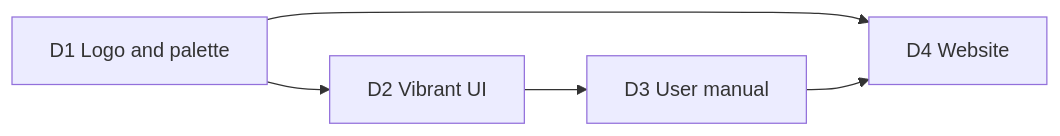
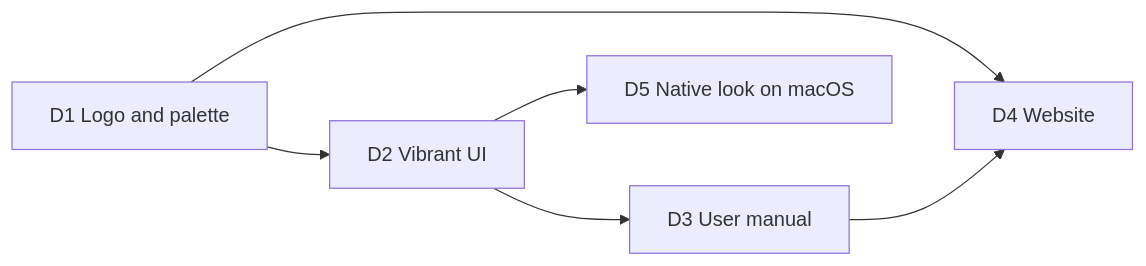
Before and after one commit to navasvarela/dbdesk: the diagram in docs/roadmap.md, drawn with Mermaid. The commit also changed other lines of this file and 1 other file, not shown here.

Commit message:
docs(roadmap): plan a native look on macOS (#159)

````diff
--- a/docs/roadmap.md
+++ b/docs/roadmap.md
@@ -830,7 +830,8 @@
 ```mermaid
 flowchart LR
     D1[D1 Logo and palette] --> D2[D2 Vibrant UI]
     D1 --> D4[D4 Website]
     D2 --> D3[D3 User manual]
     D3 --> D4
+    D2 --> D5[D5 Native look on macOS]
 ```
````
